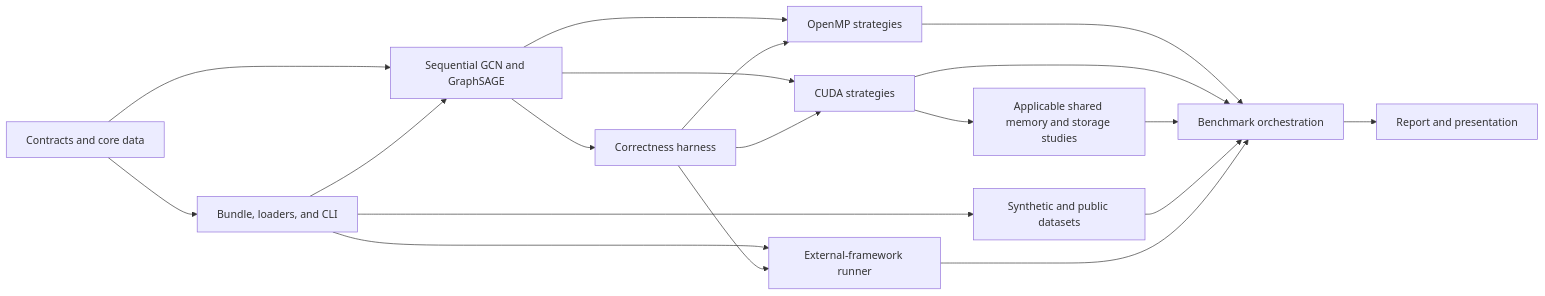
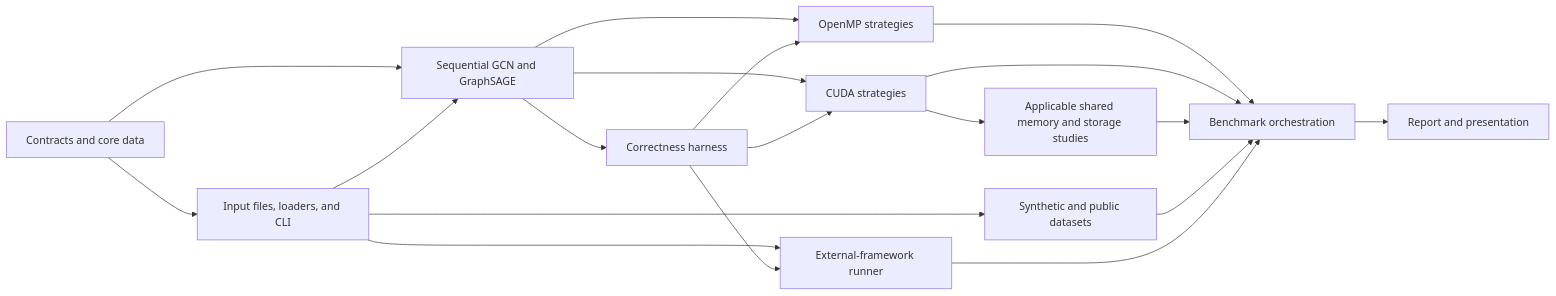
Before and after one commit to Alby02/cuda-gnn-inference: the diagram in doc/features.md, drawn with Mermaid. The commit also changed other lines of this file and 3 other files, not shown here.

````diff
--- a/doc/features.md
+++ b/doc/features.md
@@ -59,21 +59,21 @@
 ```mermaid
 flowchart LR
-    Contracts["Contracts and core data"] --> IO["Bundle, loaders, and CLI"]
+    Contracts["Contracts and core data"] --> IO["Input files, loaders, and CLI"]
     Contracts --> Seq["Sequential GCN and GraphSAGE"]
     IO --> Seq
     Seq --> Verify["Correctness harness"]
     Seq --> Omp["OpenMP strategies"]
     Seq --> Cuda["CUDA strategies"]
     Verify --> Omp
     Verify --> Cuda
     Cuda --> Experiments["Applicable shared memory and storage studies"]
     IO --> Data["Synthetic and public datasets"]
     IO --> Framework["External-framework runner"]
     Verify --> Framework
     Omp --> Benchmark["Benchmark orchestration"]
     Cuda --> Benchmark
     Experiments --> Benchmark
     Data --> Benchmark
     Framework --> Benchmark
     Benchmark --> Delivery["Report and presentation"]
 ```
````
